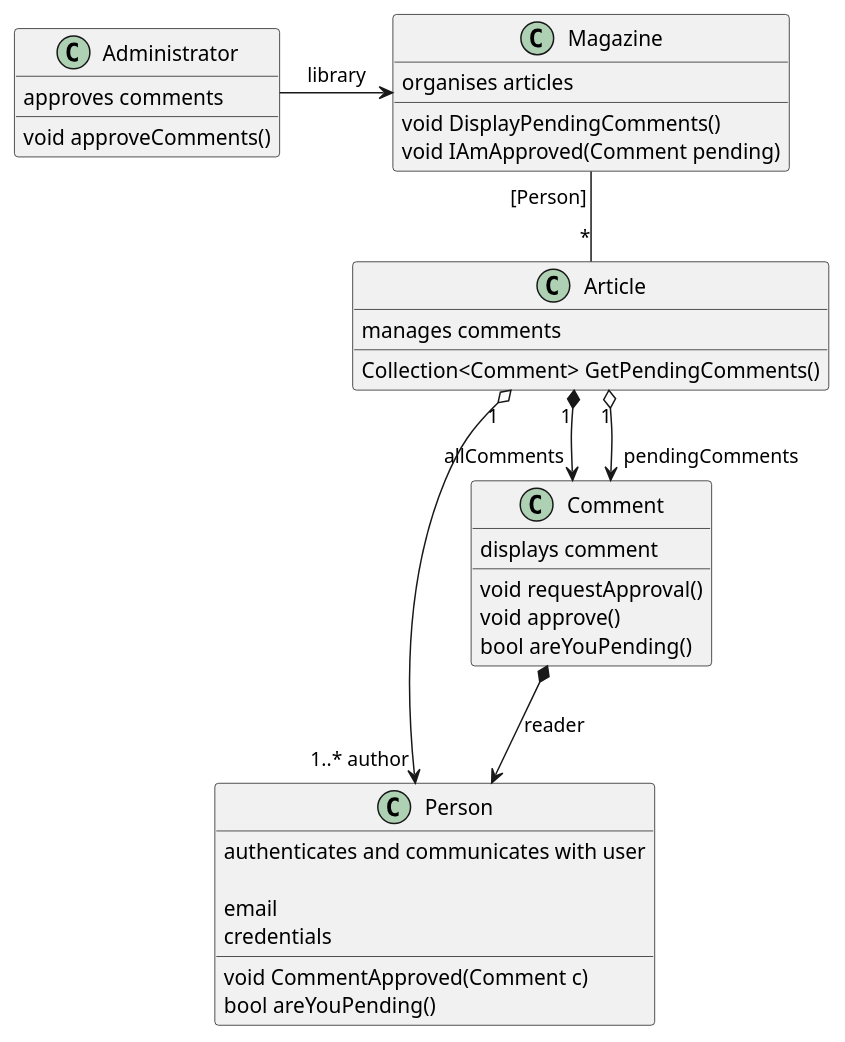
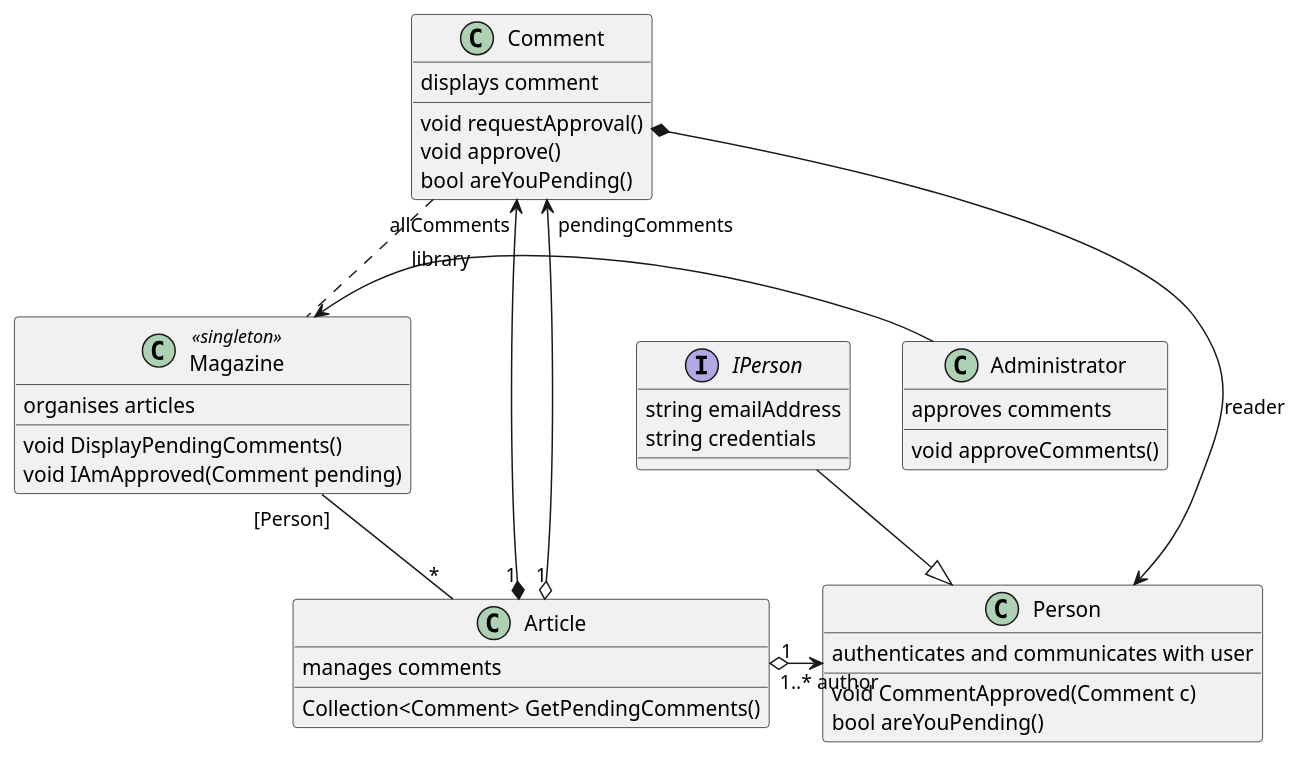
The diagram in classDiagram.puml (oli-clarke/plantUML-training), drawn with PlantUML before and after one commit.

Commit message:
playing with layout. also added an interface

```diff
--- a/classDiagram.puml
+++ b/classDiagram.puml
@@ -1,55 +1,59 @@
 @startuml
 
+interface IPerson{
+    string emailAddress
+    string credentials
+}
+
+IPerson --|> Person
 class Person
 {
     authenticates and communicates with user
-
-    email
-    credentials
 
     void CommentApproved(Comment c)
     bool areYouPending()
 }
 
 class Administrator
 {
     approves comments
 
     void approveComments()
 }
 Administrator->Magazine : library
 
 ' commented out the contains relationship to try and show qualified assocation 
 ' i.e. an indirect one: in this case Magazine has a Dictionary of Articles, 
 ' keyed by Person (the author(s))
 ' Magazine "1" *-- "*" Article 
 Magazine "[Person]" -- "*" Article
-class Magazine
+class Magazine <<singleton>>
 {
     organises articles
 
     void DisplayPendingComments()
     void IAmApproved(Comment pending)
 }
 
-Article "1" *--> "allComments" Comment
-Article "1" o--> "pendingComments" Comment
-Article "1" o--> "1..* author" Person
+Article "1" *--l> "allComments" Comment
+Article "1" o--l> "pendingComments" Comment
+Article "1" o--r> "1..* author" Person
 class Article
 {
     manages comments
 
     Collection<Comment> GetPendingComments()
 }
 
 Comment *--> Person : reader
+Comment .. Magazine
 class Comment
 {
     displays comment
 
     void requestApproval()
     void approve()
     bool areYouPending()
 }
 
 @enduml
```
